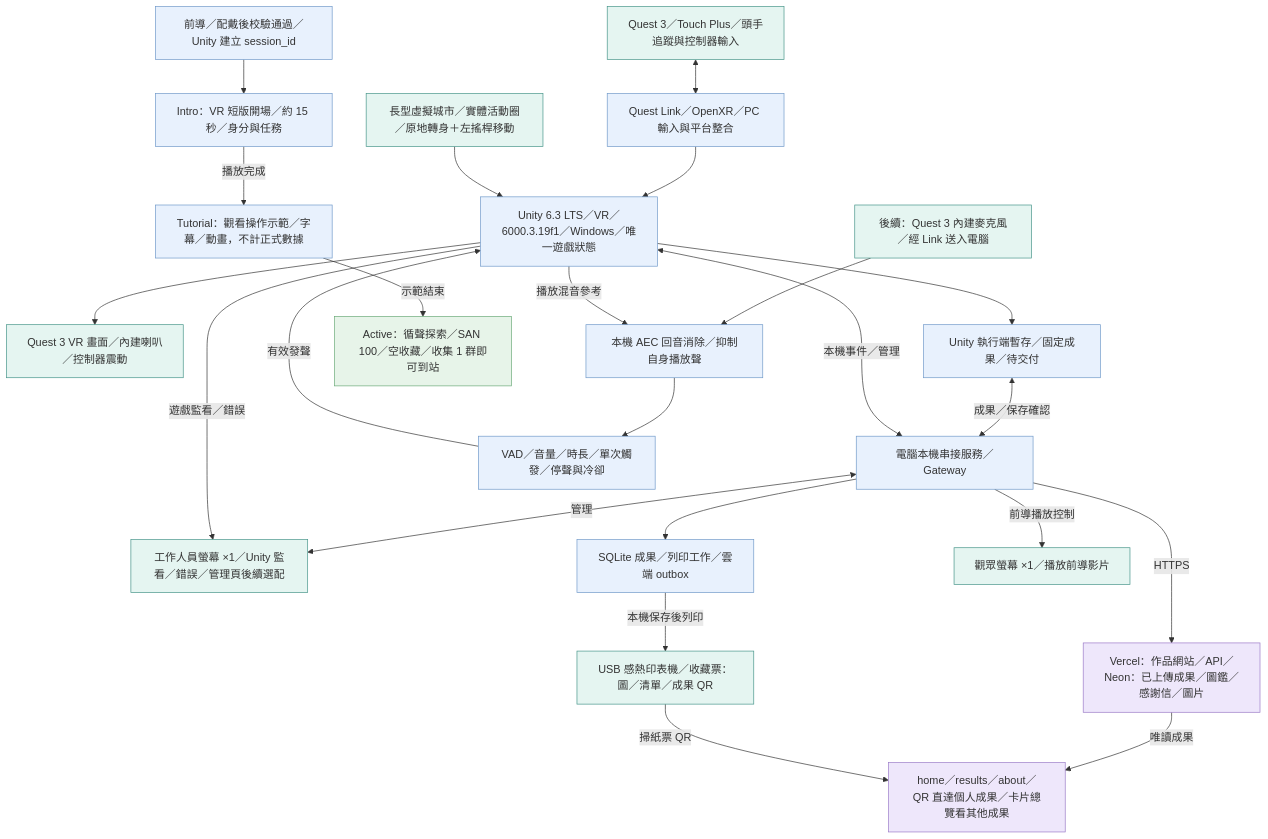
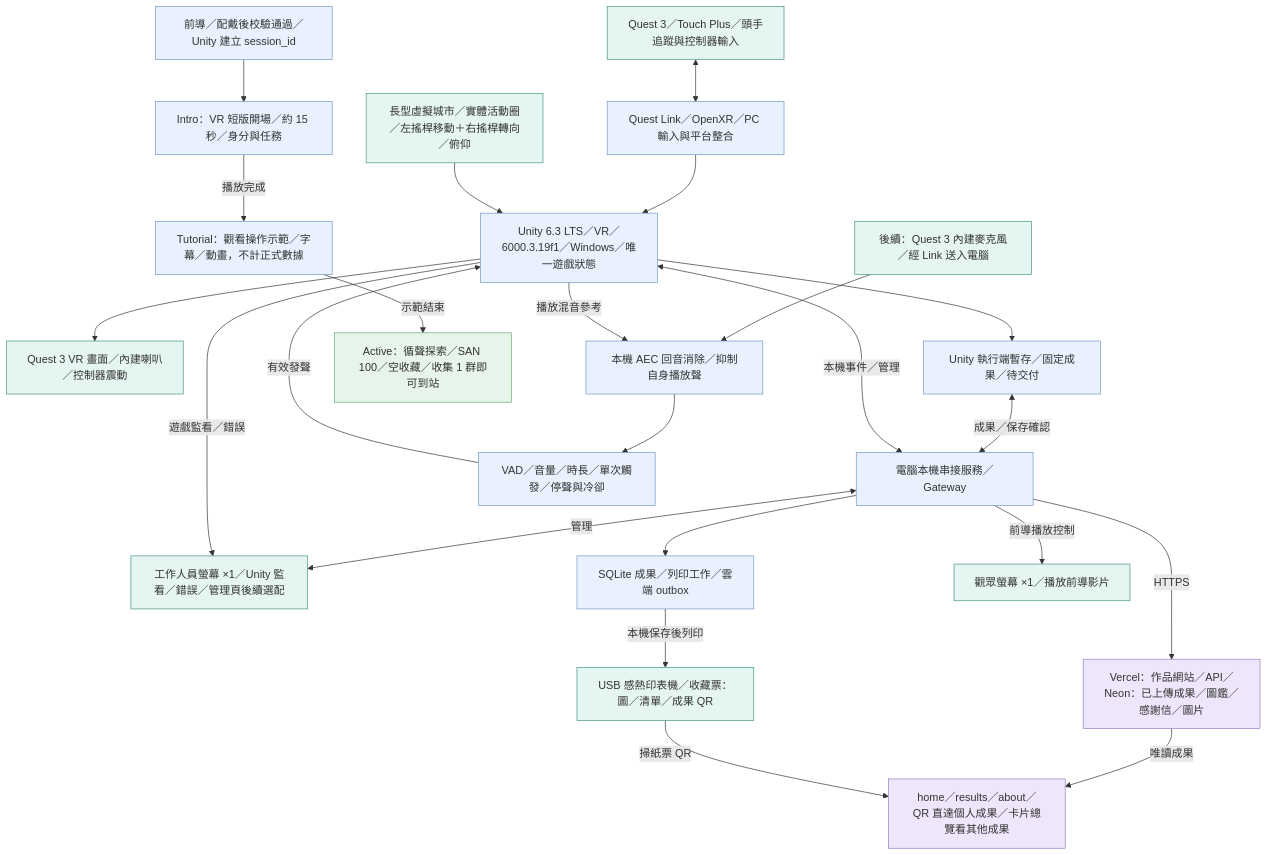
The first of 5 diagrams in docs/docs_vr/技術流程圖.md (fengyenchia/dctProject), drawn with Mermaid before and after one commit. The commit also changed other lines of this file and 13 other files, not shown here.

````diff
--- a/docs/docs_vr/技術流程圖.md
+++ b/docs/docs_vr/技術流程圖.md
@@ -45,65 +45,65 @@
 ```mermaid
 flowchart TD
   quest["Quest 3／Touch Plus／頭手追蹤與控制器輸入"]
   xr["Quest Link／OpenXR／PC 輸入與平台整合"]
-  room["長型虛擬城市／實體活動圈／原地轉身＋左搖桿移動"]
+  room["長型虛擬城市／實體活動圈／左搖桿移動＋右搖桿轉向／俯仰"]
   mic["後續：Quest 3 內建麥克風／經 Link 送入電腦"]
   unity["Unity 6.3 LTS／VR／6000.3.19f1／Windows／唯一遊戲狀態"]
   output["Quest 3 VR 畫面／內建喇叭／控制器震動"]
   localPending["Unity 執行端暫存／固定成果／待交付"]
   gateway["電腦本機串接服務／Gateway"]
   admin["工作人員螢幕 ×1／Unity 監看／錯誤／管理頁後續選配"]
   sqlite["SQLite 成果／列印工作／雲端 outbox"]
   cloud["Vercel：作品網站／API／Neon：已上傳成果／圖鑑／感謝信／圖片"]
   phone["home／results／about／QR 直達個人成果／卡片總覽看其他成果"]
   aec["本機 AEC 回音消除／抑制自身播放聲"]
   voiceGate["VAD／音量／時長／單次觸發／停聲與冷卻"]
   ticketPrinter["USB 感熱印表機／收藏票：圖／清單／成果 QR"]
   visitorDisplay["觀眾螢幕 ×1／播放前導影片"]
   sessionEntry["前導／配戴後校驗通過／Unity 建立 session_id"]
   vrIntro["Intro：VR 短版開場／約 15 秒／身分與任務"]
   vrTutorial["Tutorial：觀看操作示範／字幕／動畫，不計正式數據"]
   exploreActive["Active：循聲探索／SAN 100／空收藏／收集 1 群即可到站"]
   quest <--> xr
   xr --> unity
   room --> unity
   unity --> output
   unity --> localPending
   localPending <-->|"成果／保存確認"| gateway
   unity <-->|"本機事件／管理"| gateway
   gateway <-->|"管理"| admin
   gateway --> sqlite
   gateway -->|"HTTPS"| cloud
   cloud -->|"唯讀成果"| phone
   mic --> aec
   aec --> voiceGate
   unity -->|"播放混音參考"| aec
   voiceGate -->|"有效發聲"| unity
   sqlite -->|"本機保存後列印"| ticketPrinter
   gateway -->|"前導播放控制"| visitorDisplay
   unity -->|"遊戲監看／錯誤"| admin
   sessionEntry --> vrIntro
   vrIntro -->|"播放完成"| vrTutorial
   vrTutorial -->|"示範結束"| exploreActive
   ticketPrinter -->|"掃紙票 QR"| phone
   style quest fill:#e5f5f1,stroke:#459489
   style xr fill:#e8f1fd,stroke:#7099c9
   style room fill:#e5f5f1,stroke:#459489
   style mic fill:#e5f5f1,stroke:#459489
   style unity fill:#e8f1fd,stroke:#7099c9
   style output fill:#e5f5f1,stroke:#459489
   style localPending fill:#e8f1fd,stroke:#7099c9
   style gateway fill:#e8f1fd,stroke:#7099c9
   style admin fill:#e5f5f1,stroke:#459489
   style sqlite fill:#e8f1fd,stroke:#7099c9
   style cloud fill:#eee7fb,stroke:#9a7ac7
   style phone fill:#eee7fb,stroke:#9a7ac7
   style aec fill:#e8f1fd,stroke:#7099c9
   style voiceGate fill:#e8f1fd,stroke:#7099c9
   style ticketPrinter fill:#e5f5f1,stroke:#459489
   style visitorDisplay fill:#e5f5f1,stroke:#459489
   style sessionEntry fill:#e8f1fd,stroke:#7099c9
   style vrIntro fill:#e8f1fd,stroke:#7099c9
   style vrTutorial fill:#e8f1fd,stroke:#7099c9
   style exploreActive fill:#e7f4e9,stroke:#69a977
 ```
````
